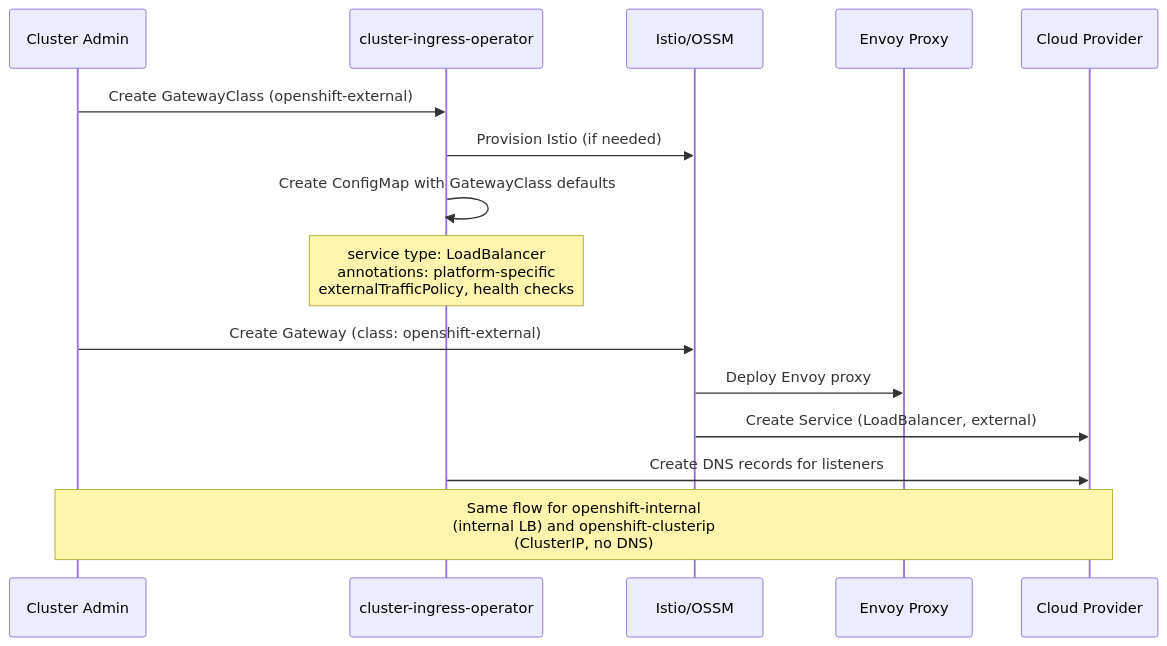
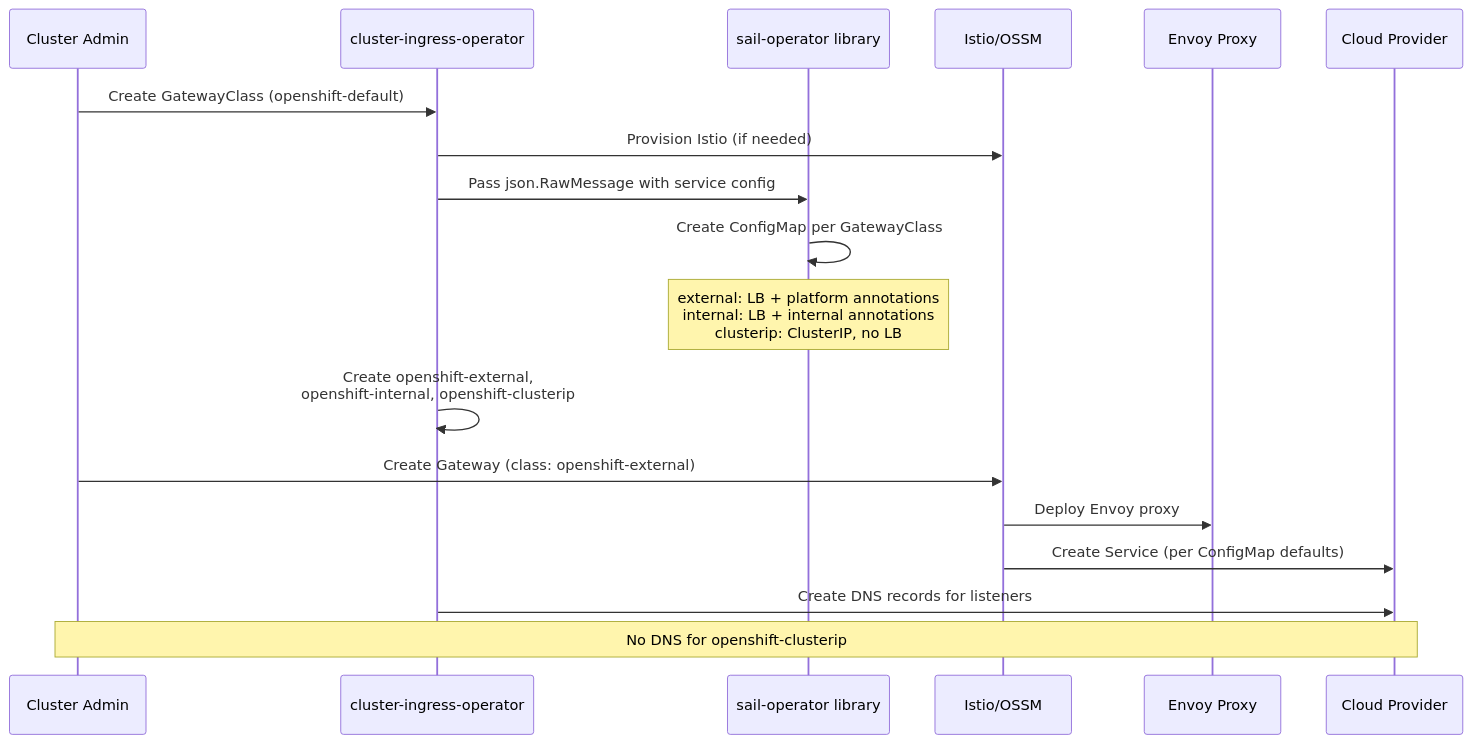
One commit to openshift/enhancements changed the diagram in enhancements/ingress/support-different-gateway-api-service-provisioning-with-different-gatewayclass.md. Above: the diagram before and after it, drawn with Mermaid. The commit also changed other lines of this file, not shown here.

````diff
--- a/enhancements/ingress/support-different-gateway-api-service-provisioning-with-different-gatewayclass.md
+++ b/enhancements/ingress/support-different-gateway-api-service-provisioning-with-different-gatewayclass.md
@@ -205,20 +224,23 @@
 ```mermaid
 sequenceDiagram
     participant Admin as Cluster Admin
     participant CIO as cluster-ingress-operator
+    participant Sail as sail-operator library
     participant Istio as Istio/OSSM
     participant Envoy as Envoy Proxy
     participant Cloud as Cloud Provider
 
-    Admin->>CIO: Create GatewayClass (openshift-external)
+    Admin->>CIO: Create GatewayClass (openshift-default)
     CIO->>Istio: Provision Istio (if needed)
-    CIO->>CIO: Create ConfigMap with GatewayClass defaults
-    Note over CIO: service type: LoadBalancer<br/>annotations: platform-specific<br/>externalTrafficPolicy, health checks
+    CIO->>Sail: Pass json.RawMessage with service config
+    Sail->>Sail: Create ConfigMap per GatewayClass
+    Note over Sail: external: LB + platform annotations<br/>internal: LB + internal annotations<br/>clusterip: ClusterIP, no LB
+    CIO->>CIO: Create openshift-external,<br/>openshift-internal, openshift-clusterip
 
     Admin->>Istio: Create Gateway (class: openshift-external)
     Istio->>Envoy: Deploy Envoy proxy
-    Istio->>Cloud: Create Service (LoadBalancer, external)
+    Istio->>Cloud: Create Service (per ConfigMap defaults)
     CIO->>Cloud: Create DNS records for listeners
 
-    Note over Admin,Cloud: Same flow for openshift-internal<br/>(internal LB) and openshift-clusterip<br/>(ClusterIP, no DNS)
+    Note over Admin,Cloud: No DNS for openshift-clusterip
 ```
````
